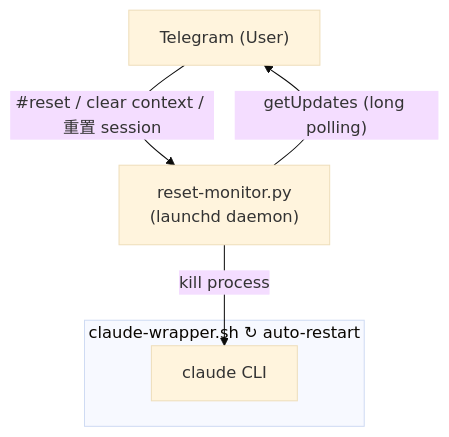
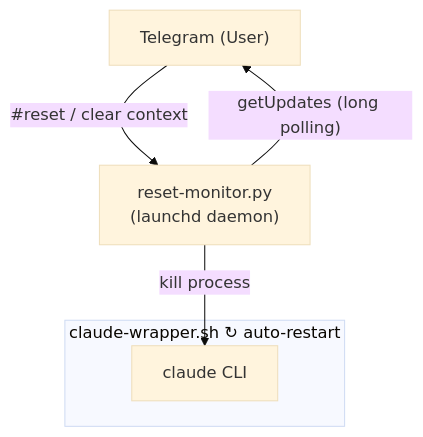
Before and after one commit to robin-li/claude-tg-reset: the diagram in README.md, drawn with Mermaid (base theme).

Commit message:
docs: simplify reset command label in architecture diagram

````diff
--- a/README.md
+++ b/README.md
@@ -21,14 +21,14 @@
 ```mermaid
 flowchart TB
     A["Telegram (User)"]
     B["reset-monitor.py\n(launchd daemon)"]
 
-    A -- "#reset / clear context / 重置 session" --> B
+    A -- "#reset / clear context" --> B
     B -- "getUpdates (long polling)" --> A
 
     B -- "kill process" --> C
 
     subgraph wrapper ["claude-wrapper.sh  ↻ auto-restart"]
         C["claude CLI"]
     end
 ```
````
